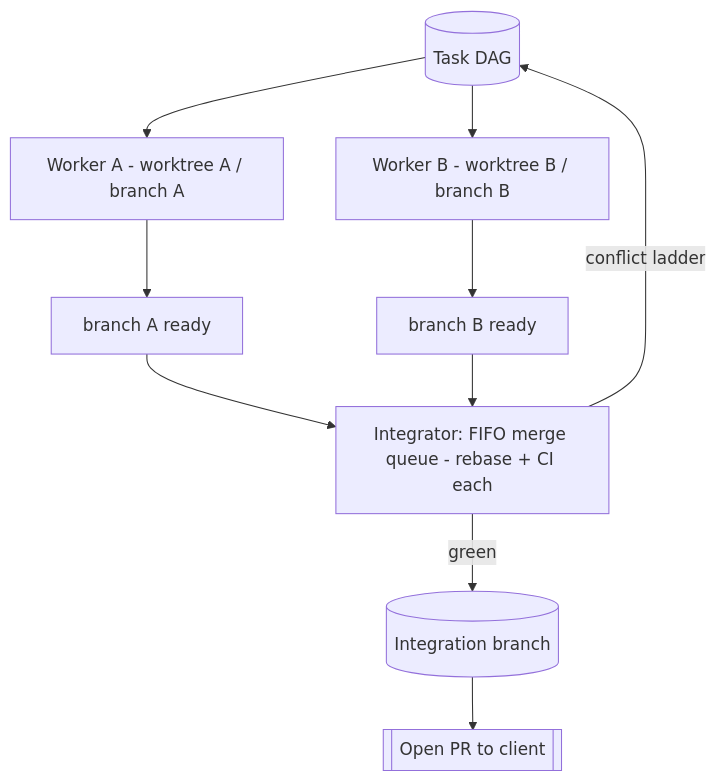
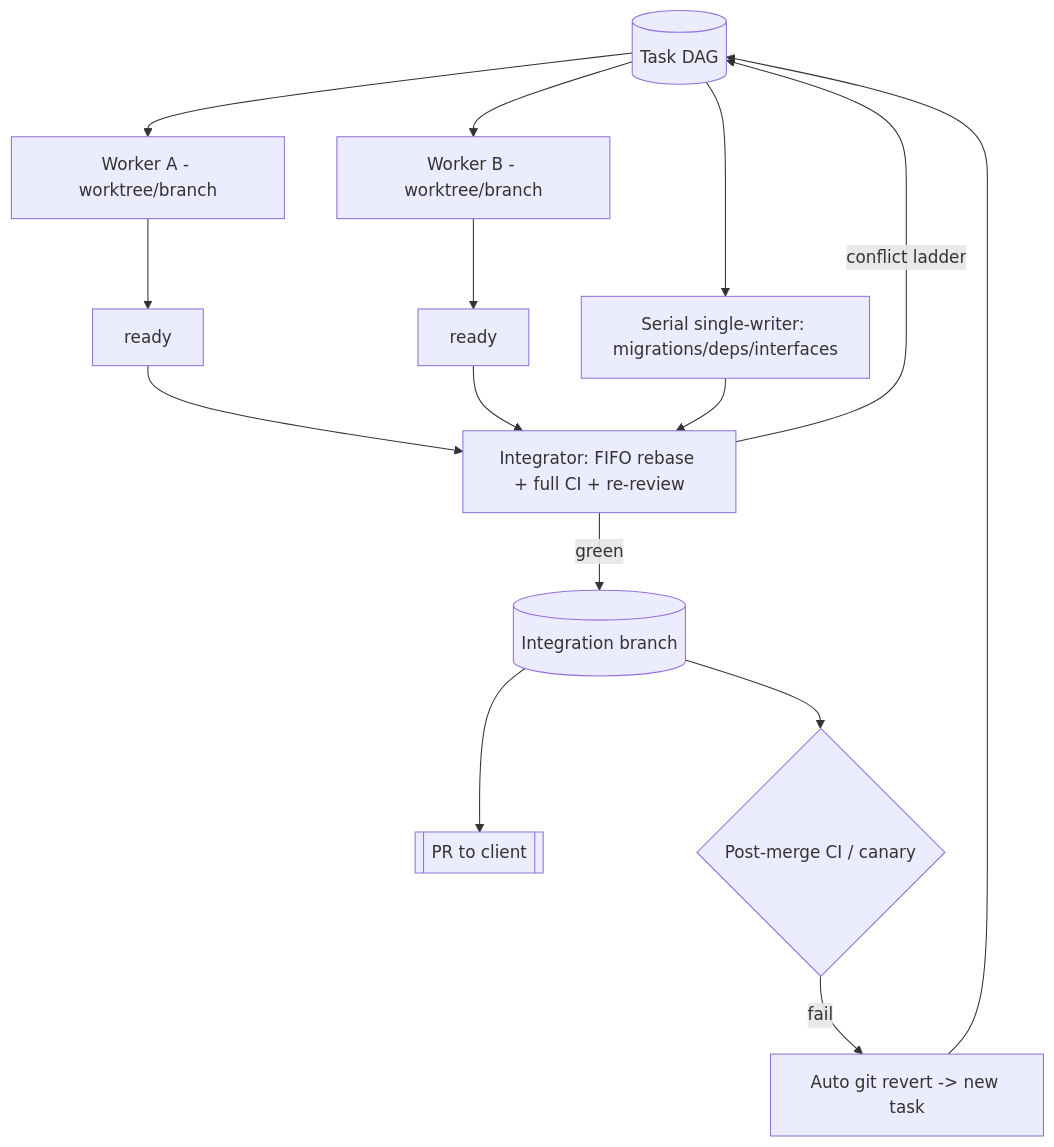
One commit to JNK234/claude-dotfiles changed diagram 12 of 14 in research/autonomous-agent-fleet.md. Above: the diagram before and after it, drawn with Mermaid. The commit also changed other lines of this file, not shown here.

````diff
--- a/research/autonomous-agent-fleet.md
+++ b/research/autonomous-agent-fleet.md
@@ -407,11 +417,11 @@
 ```mermaid
 flowchart TB
-    Q[(Task DAG)] --> W1[Worker A - worktree A / branch A]
-    Q --> W2[Worker B - worktree B / branch B]
-    W1 --> PR1[branch A ready]
-    W2 --> PR2[branch B ready]
-    PR1 --> INT[Integrator: FIFO merge queue - rebase + CI each]
-    PR2 --> INT
-    INT -->|conflict ladder| Q
-    INT -->|green| MAIN[(Integration branch)] --> PRR[[Open PR to client]]
+  Q[(Task DAG)]-->W1[Worker A - worktree/branch]-->PR1[ready]
+  Q-->W2[Worker B - worktree/branch]-->PR2[ready]
+  Q-->S[Serial single-writer: migrations/deps/interfaces]
+  PR1 & PR2 & S-->INT[Integrator: FIFO rebase + full CI + re-review]
+  INT-->|conflict ladder|Q
+  INT-->|green|MAIN[(Integration branch)]-->PRR[[PR to client]]
+  MAIN-->PM{Post-merge CI / canary}
+  PM-->|fail|REV[Auto git revert -> new task]-->Q
 ```
````
